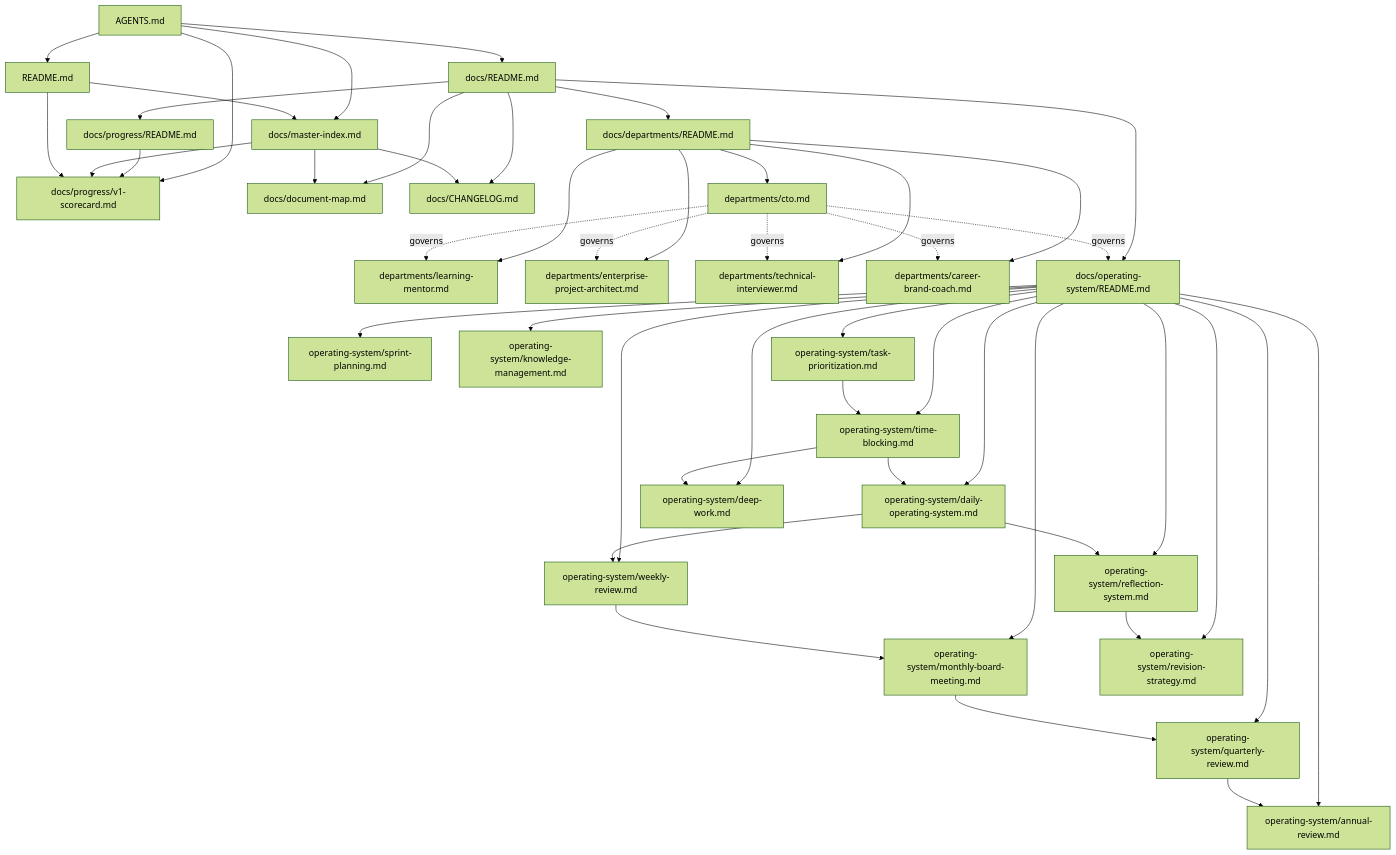
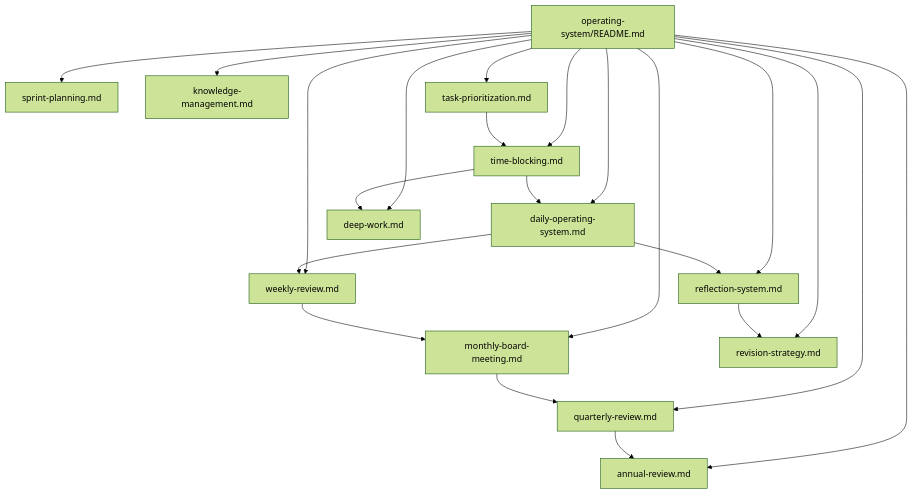
The third of 5 diagrams in docs/document-map.md (AI-DSOS/AI-Data-Science-Operating-System), drawn with Mermaid (forest theme) before and after one commit. The commit also changed other lines of this file and 19 other files, not shown here.

````diff
--- a/docs/document-map.md
+++ b/docs/document-map.md
@@ -24,51 +66,20 @@
 ```mermaid
 graph TD
-    AGENTS[AGENTS.md] --> README[README.md]
-    AGENTS --> DocsReadme[docs/README.md]
-    AGENTS --> MasterIndex[docs/master-index.md]
-    AGENTS --> Scorecard[docs/progress/v1-scorecard.md]
-
-    DocsReadme --> ProgressReadme[docs/progress/README.md]
-    DocsReadme --> DocMap[docs/document-map.md]
-    DocsReadme --> Changelog[docs/CHANGELOG.md]
-
-    ProgressReadme --> Scorecard
-
-    MasterIndex --> DocMap
-    MasterIndex --> Scorecard
-    MasterIndex --> Changelog
-
-    README --> MasterIndex
-    README --> Scorecard
-
-    DocsReadme --> DeptReadme[docs/departments/README.md]
-    DeptReadme --> LM[departments/learning-mentor.md]
-    DeptReadme --> EPA[departments/enterprise-project-architect.md]
-    DeptReadme --> TI[departments/technical-interviewer.md]
-    DeptReadme --> CBC[departments/career-brand-coach.md]
-    DeptReadme --> CTO[departments/cto.md]
-    CTO -.governs.-> LM
-    CTO -.governs.-> EPA
-    CTO -.governs.-> TI
-    CTO -.governs.-> CBC
-
-    DocsReadme --> OSReadme[docs/operating-system/README.md]
-    OSReadme --> Daily[operating-system/daily-operating-system.md]
-    OSReadme --> WeeklyR[operating-system/weekly-review.md]
-    OSReadme --> MonthlyB[operating-system/monthly-board-meeting.md]
-    OSReadme --> QuarterlyR[operating-system/quarterly-review.md]
-    OSReadme --> AnnualR[operating-system/annual-review.md]
-    OSReadme --> Sprint[operating-system/sprint-planning.md]
-    OSReadme --> KM[operating-system/knowledge-management.md]
-    OSReadme --> TaskP[operating-system/task-prioritization.md]
-    OSReadme --> TimeB[operating-system/time-blocking.md]
-    OSReadme --> DeepW[operating-system/deep-work.md]
-    OSReadme --> RevS[operating-system/revision-strategy.md]
-    OSReadme --> Reflect[operating-system/reflection-system.md]
+    OSReadme[operating-system/README.md] --> Daily[daily-operating-system.md]
+    OSReadme --> WeeklyR[weekly-review.md]
+    OSReadme --> MonthlyB[monthly-board-meeting.md]
+    OSReadme --> QuarterlyR[quarterly-review.md]
+    OSReadme --> AnnualR[annual-review.md]
+    OSReadme --> Sprint[sprint-planning.md]
+    OSReadme --> KM[knowledge-management.md]
+    OSReadme --> TaskP[task-prioritization.md]
+    OSReadme --> TimeB[time-blocking.md]
+    OSReadme --> DeepW[deep-work.md]
+    OSReadme --> RevS[revision-strategy.md]
+    OSReadme --> Reflect[reflection-system.md]
 
     Daily --> WeeklyR --> MonthlyB --> QuarterlyR --> AnnualR
     TaskP --> TimeB --> Daily
     TimeB --> DeepW
     Daily --> Reflect --> RevS
-    CTO -.governs.-> OSReadme
 ```
````
